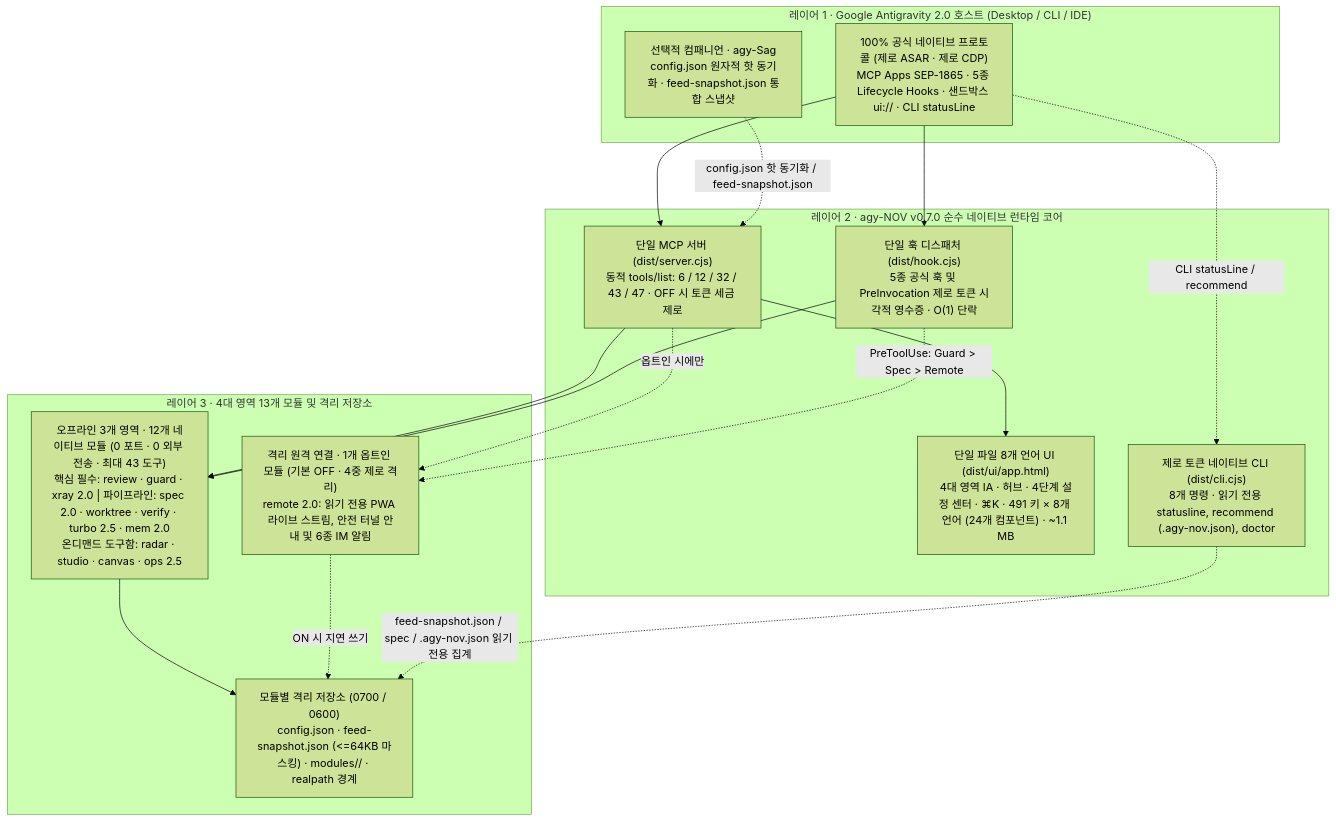
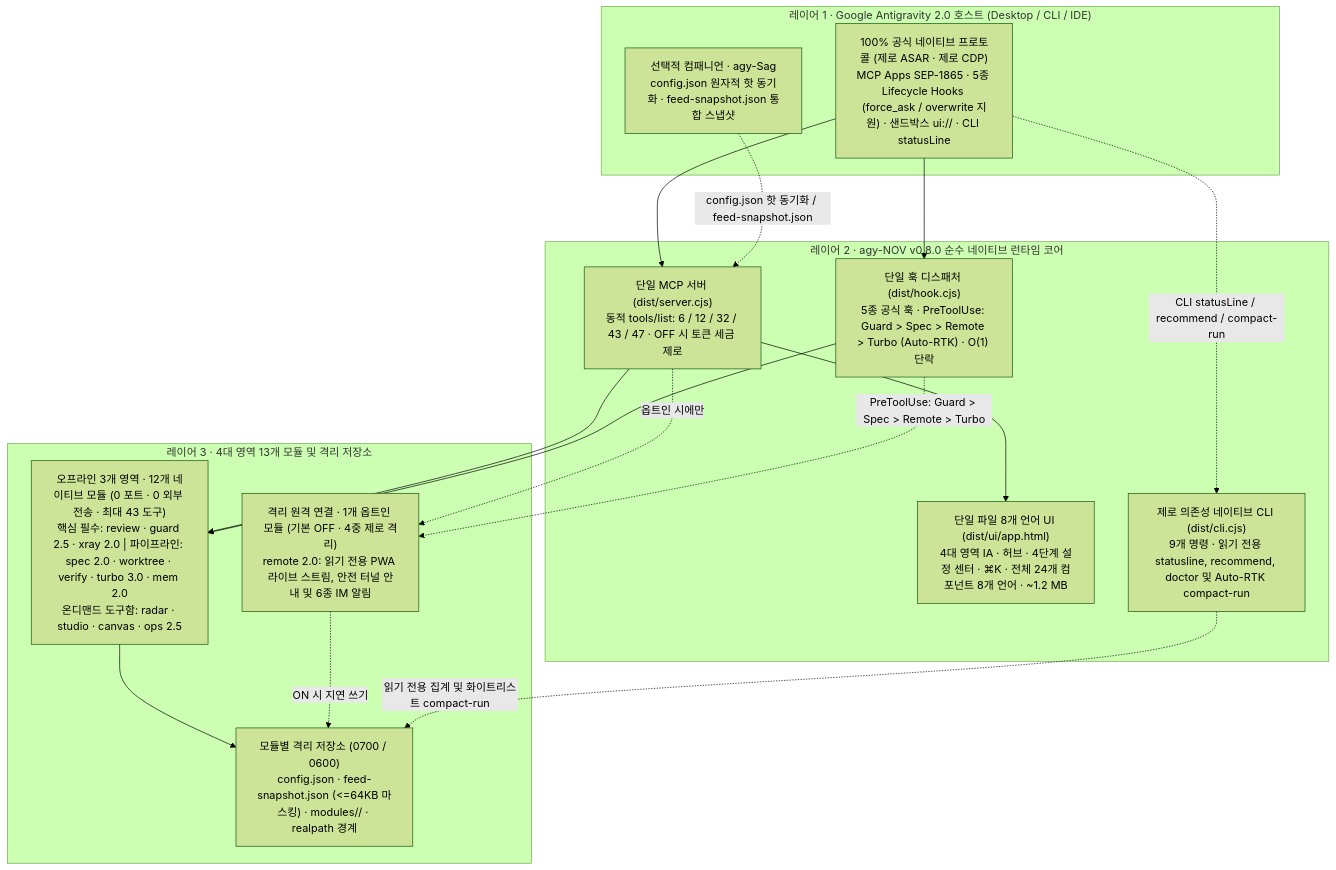
One commit to tone-leh/agy-NOV changed the diagram in docs/i18n/README.ko.md. Above: the diagram before and after it, drawn with Mermaid (forest theme). The commit also changed other lines of this file and 47 other files, not shown here.

Commit message:
release: v0.8.0 — Auto-RTK overwrite proxy, Turbo 3.0 offline dep contracts/references/context pack & Guard 2.5 turn rewind/permission modes

````diff
--- a/docs/i18n/README.ko.md
+++ b/docs/i18n/README.ko.md
@@ -220,33 +215,33 @@
 ```mermaid
 flowchart TB
   subgraph L1["레이어 1 · Google Antigravity 2.0 호스트 (Desktop / CLI / IDE)"]
-    Host["100% 공식 네이티브 프로토콜 (제로 ASAR · 제로 CDP)\nMCP Apps SEP-1865 · 5종 Lifecycle Hooks · 샌드박스 ui:// · CLI statusLine"]
+    Host["100% 공식 네이티브 프로토콜 (제로 ASAR · 제로 CDP)\nMCP Apps SEP-1865 · 5종 Lifecycle Hooks (force_ask / overwrite 지원) · 샌드박스 ui:// · CLI statusLine"]
     Sag["선택적 컴패니언 · agy-Sag\nconfig.json 원자적 핫 동기화 · feed-snapshot.json 통합 스냅샷"]
   end
 
-  subgraph L2["레이어 2 · agy-NOV v0.7.0 순수 네이티브 런타임 코어"]
+  subgraph L2["레이어 2 · agy-NOV v0.8.0 순수 네이티브 런타임 코어"]
     MCP["단일 MCP 서버 (dist/server.cjs)\n동적 tools/list: 6 / 12 / 32 / 43 / 47 · OFF 시 토큰 세금 제로"]
-    Hook["단일 훅 디스패처 (dist/hook.cjs)\n5종 공식 훅 및 PreInvocation 제로 토큰 시각적 영수증 · O(1) 단락"]
-    UI["단일 파일 8개 언어 UI (dist/ui/app.html)\n4대 영역 IA · 허브 · 4단계 설정 센터 · ⌘K · 491 키 × 8개 언어 (24개 컴포넌트) · ~1.1 MB"]
-    CLI["제로 토큰 네이티브 CLI (dist/cli.cjs)\n8개 명령 · 읽기 전용 statusline, recommend (.agy-nov.json), doctor"]
+    Hook["단일 훅 디스패처 (dist/hook.cjs)\n5종 공식 훅 · PreToolUse: Guard > Spec > Remote > Turbo (Auto-RTK) · O(1) 단락"]
+    UI["단일 파일 8개 언어 UI (dist/ui/app.html)\n4대 영역 IA · 허브 · 4단계 설정 센터 · ⌘K · 전체 24개 컴포넌트 8개 언어 · ~1.2 MB"]
+    CLI["제로 의존성 네이티브 CLI (dist/cli.cjs)\n9개 명령 · 읽기 전용 statusline, recommend, doctor 및 Auto-RTK compact-run"]
   end
 
   subgraph L3["레이어 3 · 4대 영역 13개 모듈 및 격리 저장소"]
-    T1["오프라인 3개 영역 · 12개 네이티브 모듈 (0 포트 · 0 외부 전송 · 최대 43 도구)\n핵심 필수: review · guard · xray 2.0 | 파이프라인: spec 2.0 · worktree · verify · turbo 2.5 · mem 2.0\n온디맨드 도구함: radar · studio · canvas · ops 2.5"]
+    T1["오프라인 3개 영역 · 12개 네이티브 모듈 (0 포트 · 0 외부 전송 · 최대 43 도구)\n핵심 필수: review · guard 2.5 · xray 2.0 | 파이프라인: spec 2.0 · worktree · verify · turbo 3.0 · mem 2.0\n온디맨드 도구함: radar · studio · canvas · ops 2.5"]
     T2R["격리 원격 연결 · 1개 옵트인 모듈 (기본 OFF · 4중 제로 격리)\nremote 2.0: 읽기 전용 PWA 라이브 스트림, 안전 터널 안내 및 6종 IM 알림"]
     Store["모듈별 격리 저장소 (0700 / 0600)\nconfig.json · feed-snapshot.json (<=64KB 마스킹) · modules/<id>/ · realpath 경계"]
   end
 
   Host --> MCP
   Host --> Hook
-  Host -. "CLI statusLine / recommend" .-> CLI
+  Host -. "CLI statusLine / recommend / compact-run" .-> CLI
   Sag -. "config.json 핫 동기화 / feed-snapshot.json" .-> MCP
   MCP --> UI
   MCP --> T1
   MCP -. "옵트인 시에만" .-> T2R
   Hook --> T1
-  Hook -. "PreToolUse: Guard > Spec > Remote" .-> T2R
+  Hook -. "PreToolUse: Guard > Spec > Remote > Turbo" .-> T2R
   T1 --> Store
   T2R -. "ON 시 지연 쓰기" .-> Store
-  CLI -. "feed-snapshot.json / spec / .agy-nov.json 읽기 전용 집계" .-> Store
+  CLI -. "읽기 전용 집계 및 화이트리스트 compact-run" .-> Store
 ```
````
